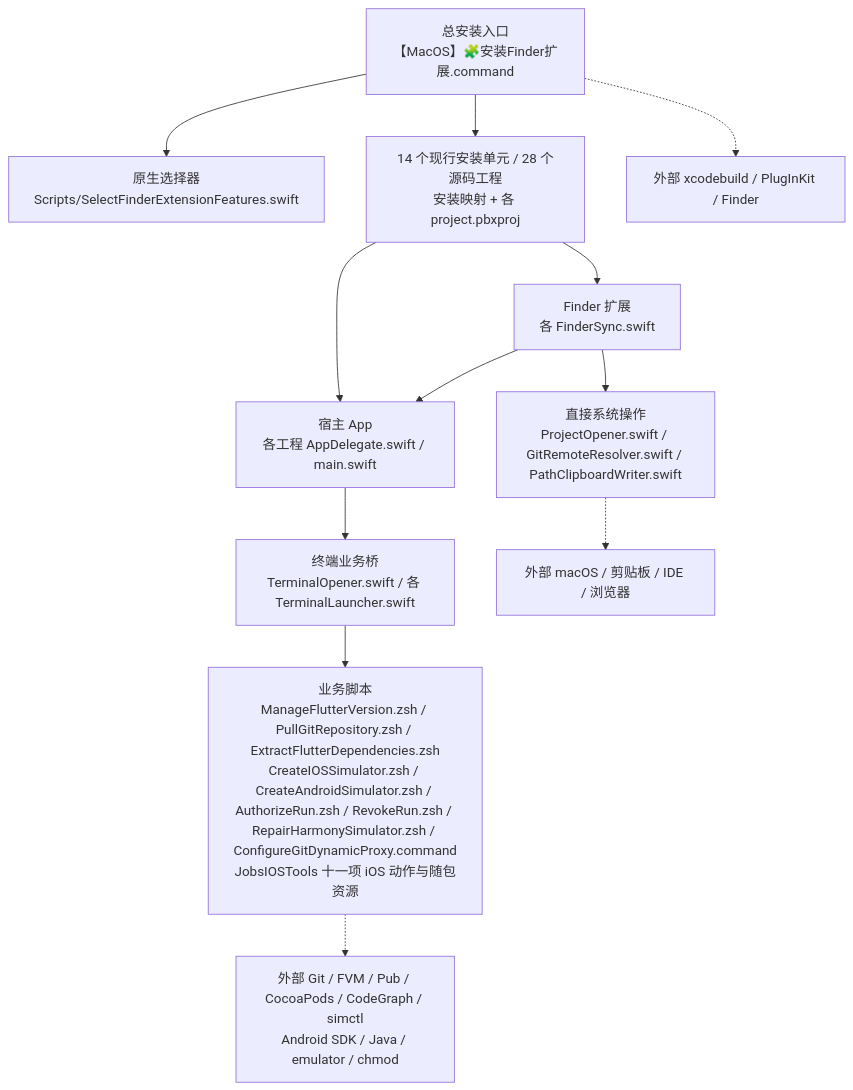
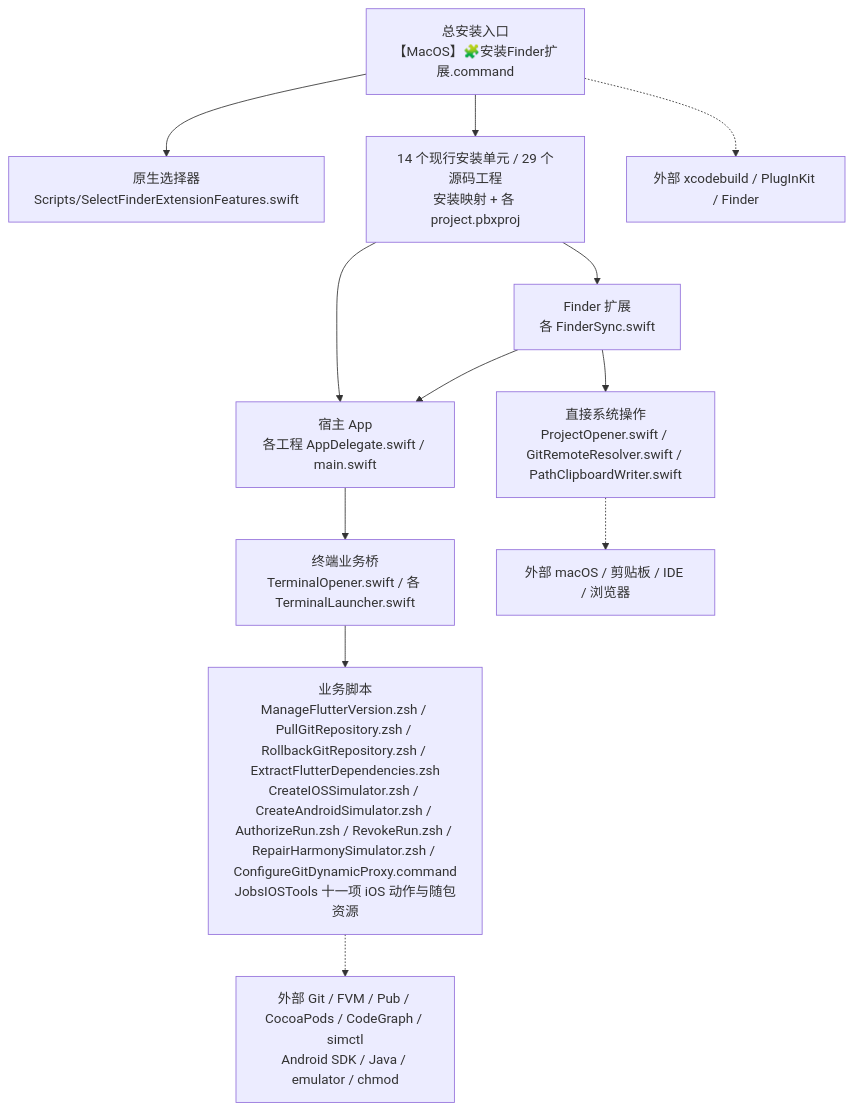
The first of 3 diagrams in README.md (JobsKits/MacOS_Extension), drawn with Mermaid before and after one commit. The commit also changed other lines of this file and 44 other files, not shown here.

````diff
--- a/README.md
+++ b/README.md
@@ -433,14 +435,14 @@
 ```mermaid
 flowchart TD
     A["总安装入口<br/>【MacOS】🧩安装Finder扩展.command"] --> B["原生选择器<br/>Scripts/SelectFinderExtensionFeatures.swift"]
-    A --> C["14 个现行安装单元 / 28 个源码工程<br/>安装映射 + 各 project.pbxproj"]
+    A --> C["14 个现行安装单元 / 29 个源码工程<br/>安装映射 + 各 project.pbxproj"]
     C --> D["宿主 App<br/>各工程 AppDelegate.swift / main.swift"]
     C --> E["Finder 扩展<br/>各 FinderSync.swift"]
     E --> F["直接系统操作<br/>ProjectOpener.swift / GitRemoteResolver.swift / PathClipboardWriter.swift"]
     E --> D
     D --> G["终端业务桥<br/>TerminalOpener.swift / 各 TerminalLauncher.swift"]
-    G --> H["业务脚本<br/>ManageFlutterVersion.zsh / PullGitRepository.zsh / ExtractFlutterDependencies.zsh<br/>CreateIOSSimulator.zsh / CreateAndroidSimulator.zsh / AuthorizeRun.zsh / RevokeRun.zsh / RepairHarmonySimulator.zsh / ConfigureGitDynamicProxy.command<br/>JobsIOSTools 十一项 iOS 动作与随包资源"]
+    G --> H["业务脚本<br/>ManageFlutterVersion.zsh / PullGitRepository.zsh / RollbackGitRepository.zsh / ExtractFlutterDependencies.zsh<br/>CreateIOSSimulator.zsh / CreateAndroidSimulator.zsh / AuthorizeRun.zsh / RevokeRun.zsh / RepairHarmonySimulator.zsh / ConfigureGitDynamicProxy.command<br/>JobsIOSTools 十一项 iOS 动作与随包资源"]
     F -.-> I["外部 macOS / 剪贴板 / IDE / 浏览器"]
     H -.-> J["外部 Git / FVM / Pub / CocoaPods / CodeGraph / simctl<br/>Android SDK / Java / emulator / chmod"]
     A -.-> K["外部 xcodebuild / PlugInKit / Finder"]
 ```
````
